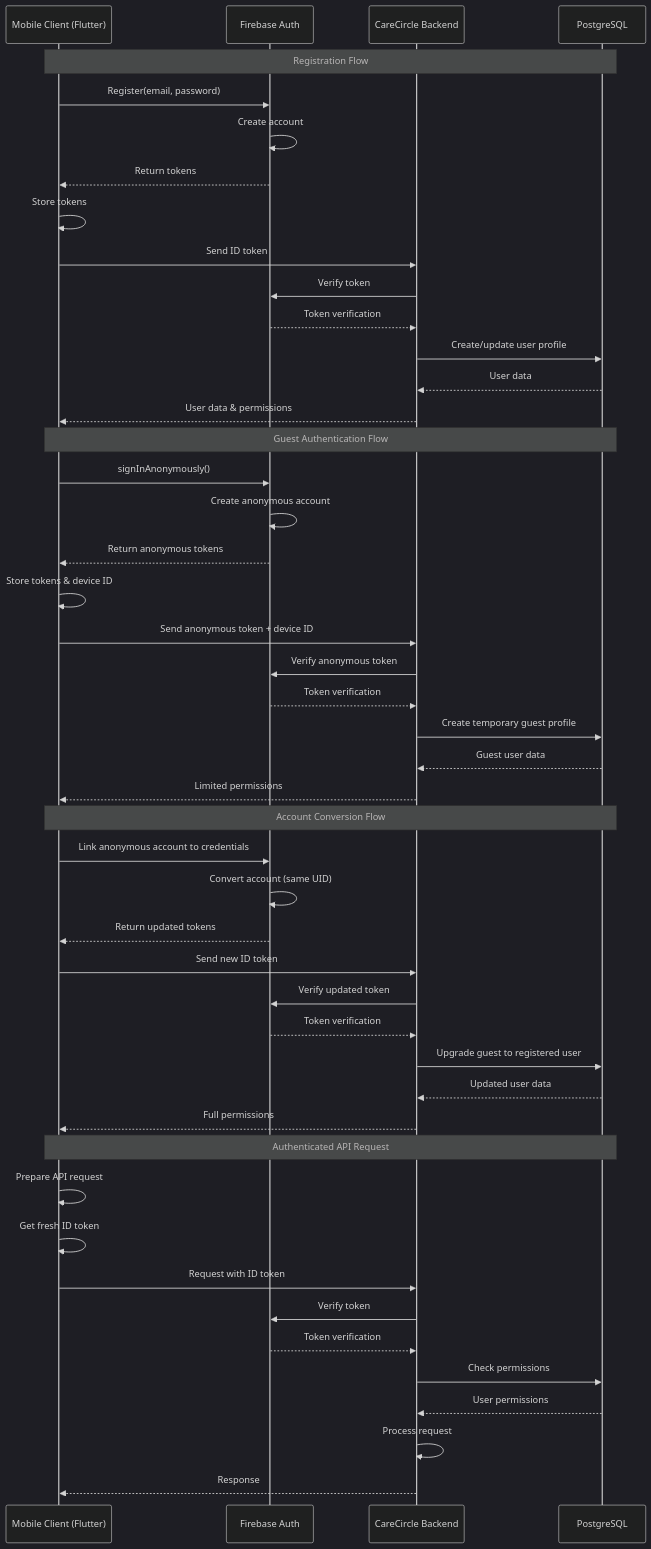
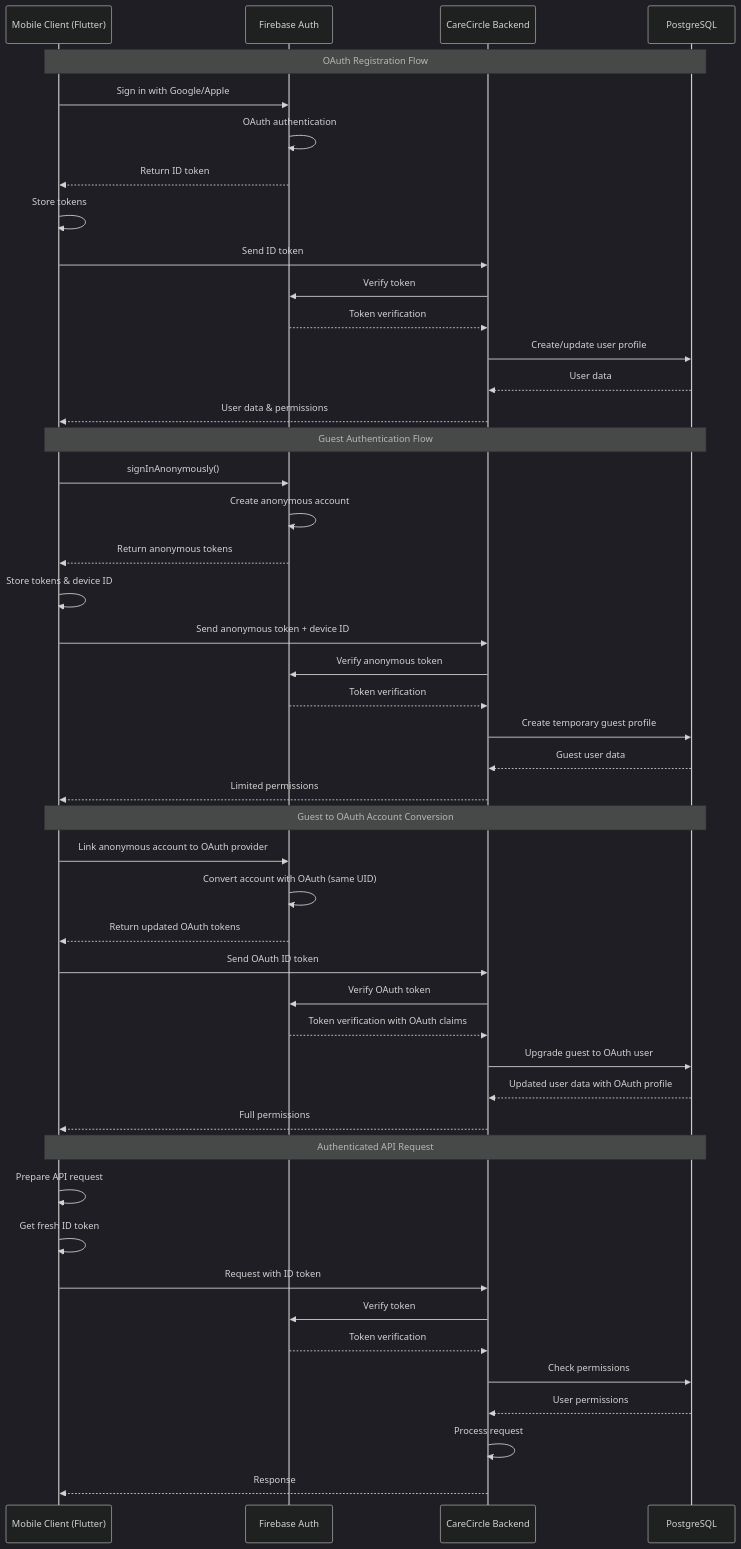
Before and after one commit to canhta/CareCircle: the diagram in docs/bounded-contexts/01-identity-access/firebase_auth_integration_flow.md, drawn with Mermaid (dark theme). The commit also changed other lines of this file and 19 other files, not shown here.

Commit message:
Refactor authentication screens to use ConsumerWidget; remove unused code and simplify state management. Delete Forgot Password screen and update Login and Register screens to streamline user experience with sign-in options.

````diff
--- a/docs/bounded-contexts/01-identity-access/firebase_auth_integration_flow.md
+++ b/docs/bounded-contexts/01-identity-access/firebase_auth_integration_flow.md
@@ -38,57 +38,57 @@
 ```mermaid
 sequenceDiagram
     participant Mobile as Mobile Client (Flutter)
     participant Firebase as Firebase Auth
     participant Backend as CareCircle Backend
     participant DB as PostgreSQL
 
-    %% Registration Flow
-    Note over Mobile, DB: Registration Flow
-    Mobile->>Firebase: Register(email, password)
-    Firebase->>Firebase: Create account
-    Firebase-->>Mobile: Return tokens
+    %% OAuth Registration Flow
+    Note over Mobile, DB: OAuth Registration Flow
+    Mobile->>Firebase: Sign in with Google/Apple
+    Firebase->>Firebase: OAuth authentication
+    Firebase-->>Mobile: Return ID token
     Mobile->>Mobile: Store tokens
     Mobile->>Backend: Send ID token
     Backend->>Firebase: Verify token
     Firebase-->>Backend: Token verification
     Backend->>DB: Create/update user profile
     DB-->>Backend: User data
     Backend-->>Mobile: User data & permissions
 
     %% Guest Flow
     Note over Mobile, DB: Guest Authentication Flow
     Mobile->>Firebase: signInAnonymously()
     Firebase->>Firebase: Create anonymous account
     Firebase-->>Mobile: Return anonymous tokens
     Mobile->>Mobile: Store tokens & device ID
     Mobile->>Backend: Send anonymous token + device ID
     Backend->>Firebase: Verify anonymous token
     Firebase-->>Backend: Token verification
     Backend->>DB: Create temporary guest profile
     DB-->>Backend: Guest user data
     Backend-->>Mobile: Limited permissions
 
-    %% Account Conversion
-    Note over Mobile, DB: Account Conversion Flow
-    Mobile->>Firebase: Link anonymous account to credentials
-    Firebase->>Firebase: Convert account (same UID)
-    Firebase-->>Mobile: Return updated tokens
-    Mobile->>Backend: Send new ID token
-    Backend->>Firebase: Verify updated token
-    Firebase-->>Backend: Token verification
-    Backend->>DB: Upgrade guest to registered user
-    DB-->>Backend: Updated user data
+    %% Account Conversion (OAuth)
+    Note over Mobile, DB: Guest to OAuth Account Conversion
+    Mobile->>Firebase: Link anonymous account to OAuth provider
+    Firebase->>Firebase: Convert account with OAuth (same UID)
+    Firebase-->>Mobile: Return updated OAuth tokens
+    Mobile->>Backend: Send OAuth ID token
+    Backend->>Firebase: Verify OAuth token
+    Firebase-->>Backend: Token verification with OAuth claims
+    Backend->>DB: Upgrade guest to OAuth user
+    DB-->>Backend: Updated user data with OAuth profile
     Backend-->>Mobile: Full permissions
 
     %% API Request Flow
     Note over Mobile, DB: Authenticated API Request
     Mobile->>Mobile: Prepare API request
     Mobile->>Mobile: Get fresh ID token
     Mobile->>Backend: Request with ID token
     Backend->>Firebase: Verify token
     Firebase-->>Backend: Token verification
     Backend->>DB: Check permissions
     DB-->>Backend: User permissions
     Backend->>Backend: Process request
     Backend-->>Mobile: Response
 ```
````
